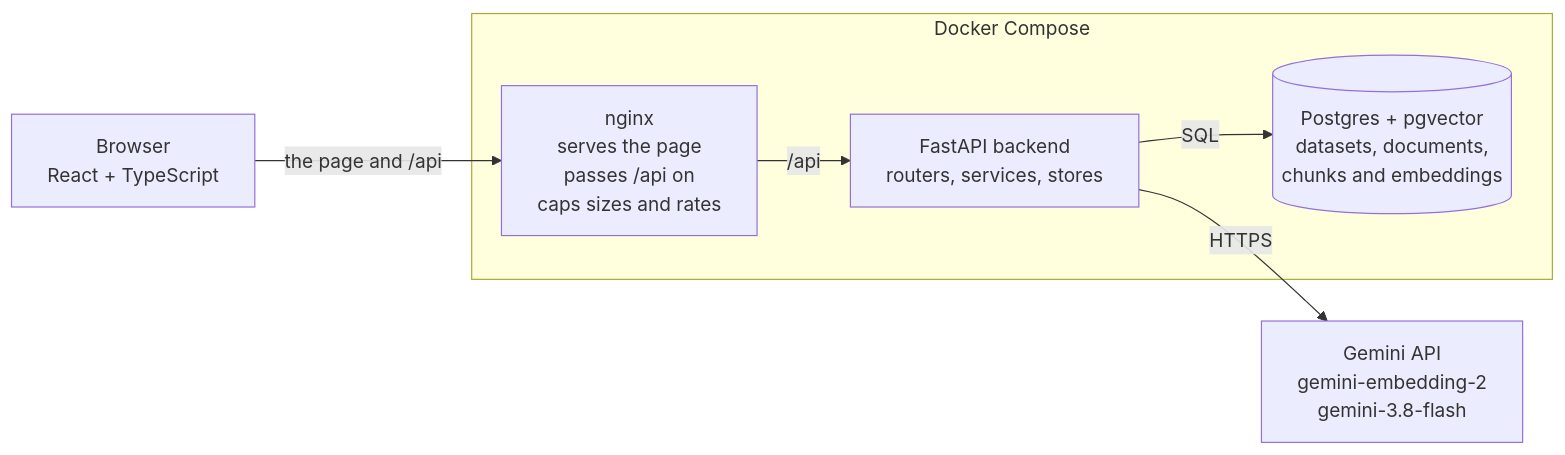
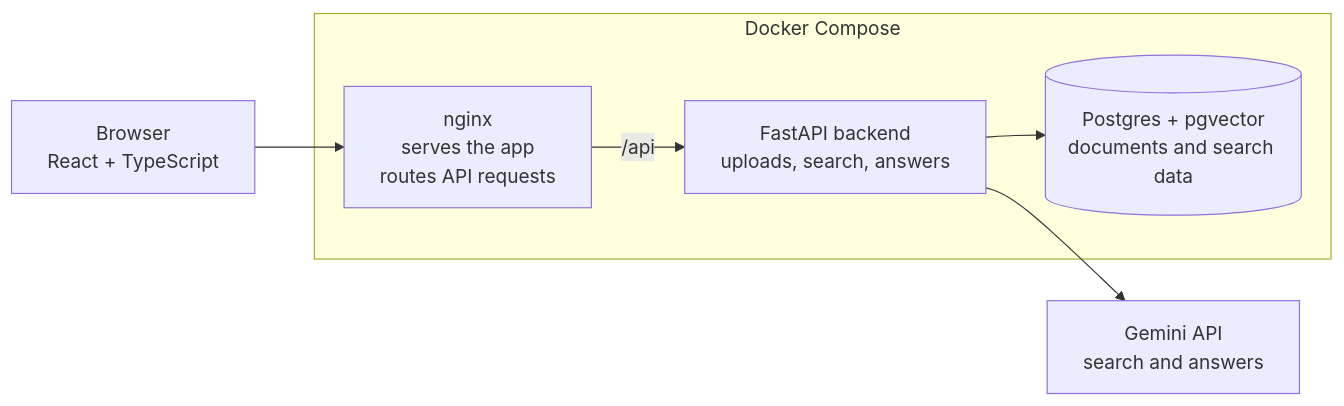
The first of 3 diagrams in README.md (DeniisPyr/Context-Lens), drawn with Mermaid before and after one commit. The commit also changed other lines of this file and 4 other files, not shown here.

````diff
--- a/README.md
+++ b/README.md
@@ -32,14 +74,14 @@
 ```mermaid
 flowchart LR
     browser["Browser<br/>React + TypeScript"]
     subgraph compose["Docker Compose"]
-        nginx["nginx<br/>serves the page<br/>passes /api on<br/>caps sizes and rates"]
-        backend["FastAPI backend<br/>routers, services, stores"]
-        db[("Postgres + pgvector<br/>datasets, documents,<br/>chunks and embeddings")]
+        nginx["nginx<br/>serves the app<br/>routes API requests"]
+        backend["FastAPI backend<br/>uploads, search, answers"]
+        db[("Postgres + pgvector<br/>documents and search data")]
     end
-    gemini["Gemini API<br/>gemini-embedding-2<br/>gemini-3.8-flash"]
-    browser -- "the page and /api" --> nginx
+    gemini["Gemini API<br/>search and answers"]
+    browser --> nginx
     nginx -- "/api" --> backend
-    backend -- "SQL" --> db
-    backend -- "HTTPS" --> gemini
+    backend --> db
+    backend --> gemini
 ```
````
